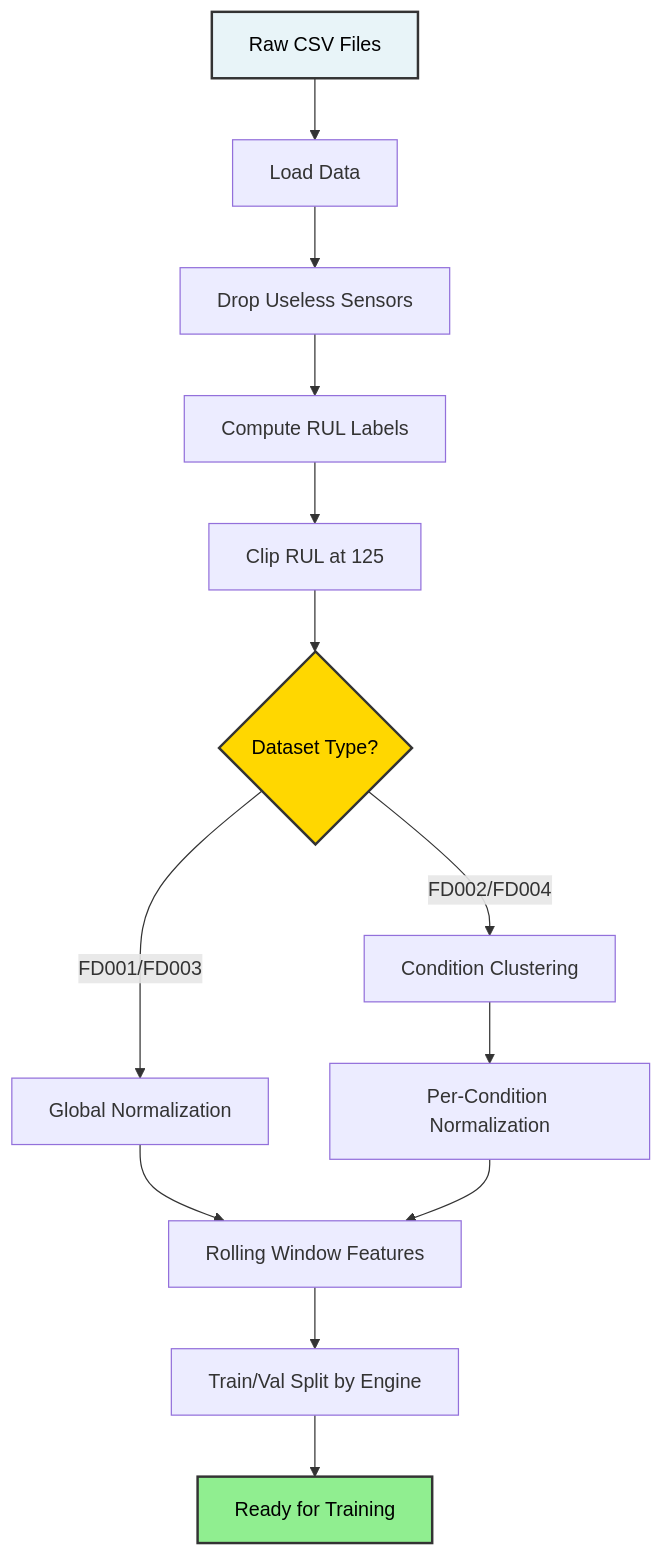
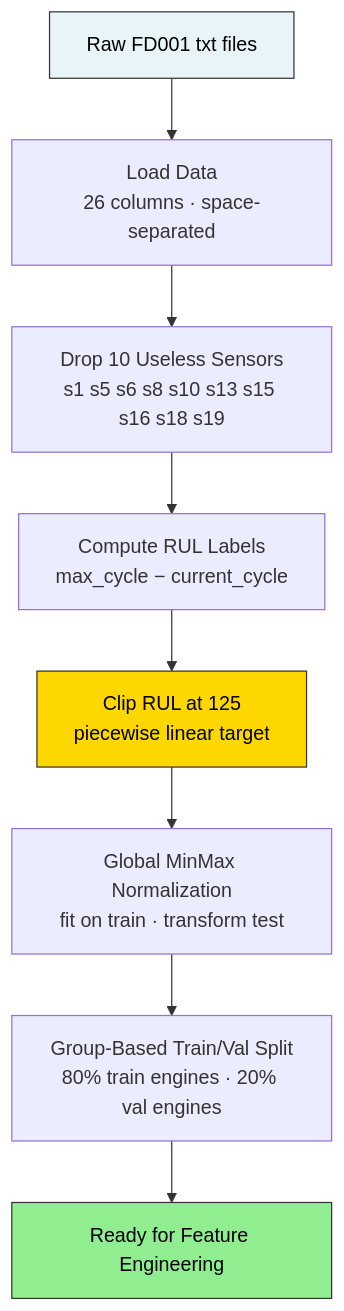
One commit to nasim-raj-laskar/Real-Time-Aircraft-Engine-Predictive-Maintenance-System changed the first of 3 diagrams in docs/02_preprocessing.md. Above: the diagram before and after it, drawn with Mermaid. The commit also changed other lines of this file and 11 other files, not shown here.

````diff
--- a/docs/02_preprocessing.md
+++ b/docs/02_preprocessing.md
@@ -7,19 +7,14 @@
 ```mermaid
 flowchart TD
-    A[Raw CSV Files] --> B[Load Data]
-    B --> C[Drop Useless Sensors]
-    C --> D[Compute RUL Labels]
-    D --> E[Clip RUL at 125]
-    E --> F{Dataset Type?}
-    F -->|FD001/FD003| G[Global Normalization]
-    F -->|FD002/FD004| H[Condition Clustering]
-    H --> I[Per-Condition Normalization]
-    G --> J[Rolling Window Features]
-    I --> J
-    J --> K[Train/Val Split by Engine]
-    K --> L[Ready for Training]
-    
-    style A fill:#E8F4F8,stroke:#333,stroke-width:2px,color:#000
-    style L fill:#90EE90,stroke:#333,stroke-width:2px,color:#000
-    style F fill:#FFD700,stroke:#333,stroke-width:2px,color:#000
+    A[Raw FD001 txt files] --> B[Load Data\n26 columns · space-separated]
+    B --> C[Drop 10 Useless Sensors\ns1 s5 s6 s8 s10 s13 s15 s16 s18 s19]
+    C --> D[Compute RUL Labels\nmax_cycle − current_cycle]
+    D --> E[Clip RUL at 125\npiecewise linear target]
+    E --> F[Global MinMax Normalization\nfit on train · transform test]
+    F --> G[Group-Based Train/Val Split\n80% train engines · 20% val engines]
+    G --> H[Ready for Feature Engineering]
+
+    style A fill:#E8F4F8,stroke:#333,color:#000
+    style H fill:#90EE90,stroke:#333,color:#000
+    style E fill:#FFD700,stroke:#333,color:#000
 ```
````
